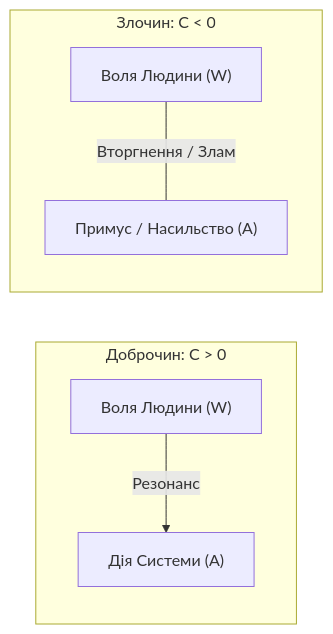
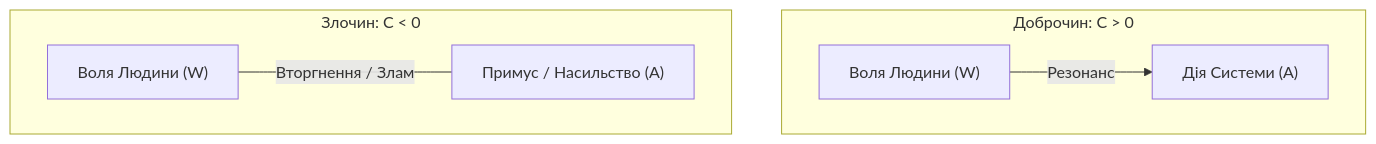
Before and after one commit to yaro-rasta/myt: the second of 3 diagrams in uk/10-will-formula.md, drawn with Mermaid. The commit also changed 10 other files, not shown here.

````diff
--- a/uk/10-will-formula.md
+++ b/uk/10-will-formula.md
@@ -102,9 +102,9 @@
 ```mermaid
-graph LR
+flowchart TD
     subgraph Dobrochyn ["Доброчин: C > 0"]
         W1["Воля Людини (W)"] -->|Резонанс| A1["Дія Системи (A)"]
     end
     subgraph Zlochyn ["Злочин: C < 0"]
         W2["Воля Людини (W)"] ---|Вторгнення / Злам| A2["Примус / Насильство (A)"]
     end
 ```
````
